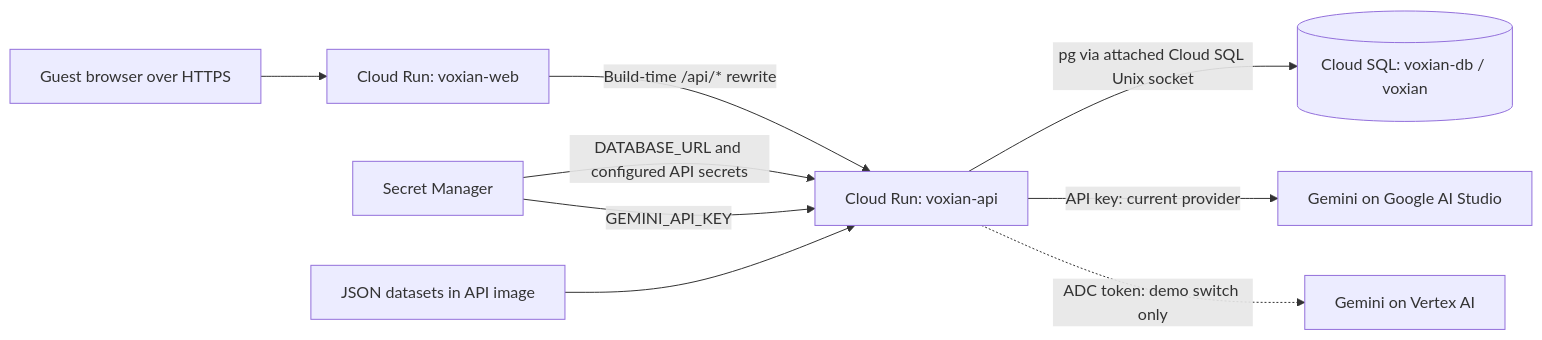
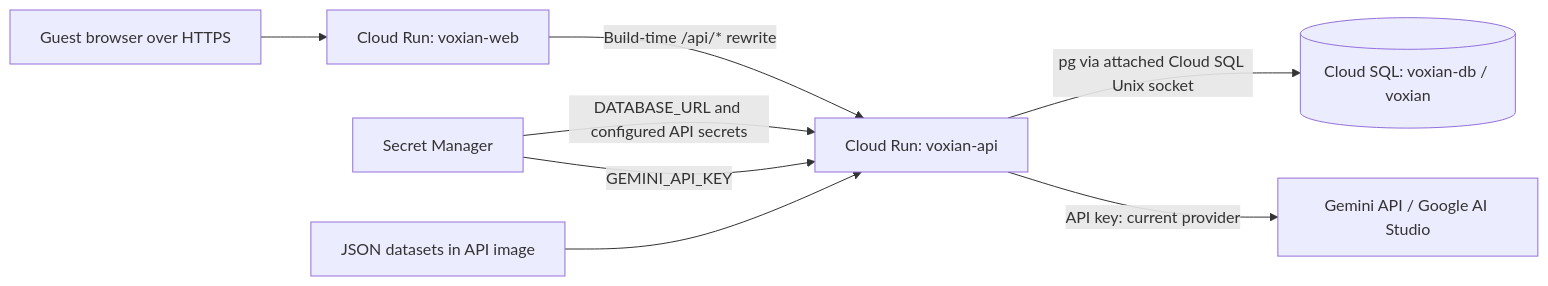
The second of 3 diagrams in ARCHITECTURE.md (voxianshift/voxian-shift-dashboard), drawn with Mermaid before and after one commit. The commit also changed other lines of this file and 20 other files, not shown here.

````diff
--- a/ARCHITECTURE.md
+++ b/ARCHITECTURE.md
@@ -51,11 +51,10 @@
 ```mermaid
 flowchart LR
   Browser[Guest browser over HTTPS] --> Web[Cloud Run: voxian-web]
   Web -->|Build-time /api/* rewrite| API[Cloud Run: voxian-api]
   API -->|pg via attached Cloud SQL Unix socket| SQL[(Cloud SQL: voxian-db / voxian)]
   Secrets[Secret Manager] -->|DATABASE_URL and configured API secrets| API
   Secrets -->|GEMINI_API_KEY| API
-  API -->|API key: current provider| Gemini[Gemini on Google AI Studio]
-  API -.->|ADC token: demo switch only| Vertex[Gemini on Vertex AI]
+  API -->|API key: current provider| Gemini[Gemini API / Google AI Studio]
   Data[JSON datasets in API image] --> API
 ```
````
